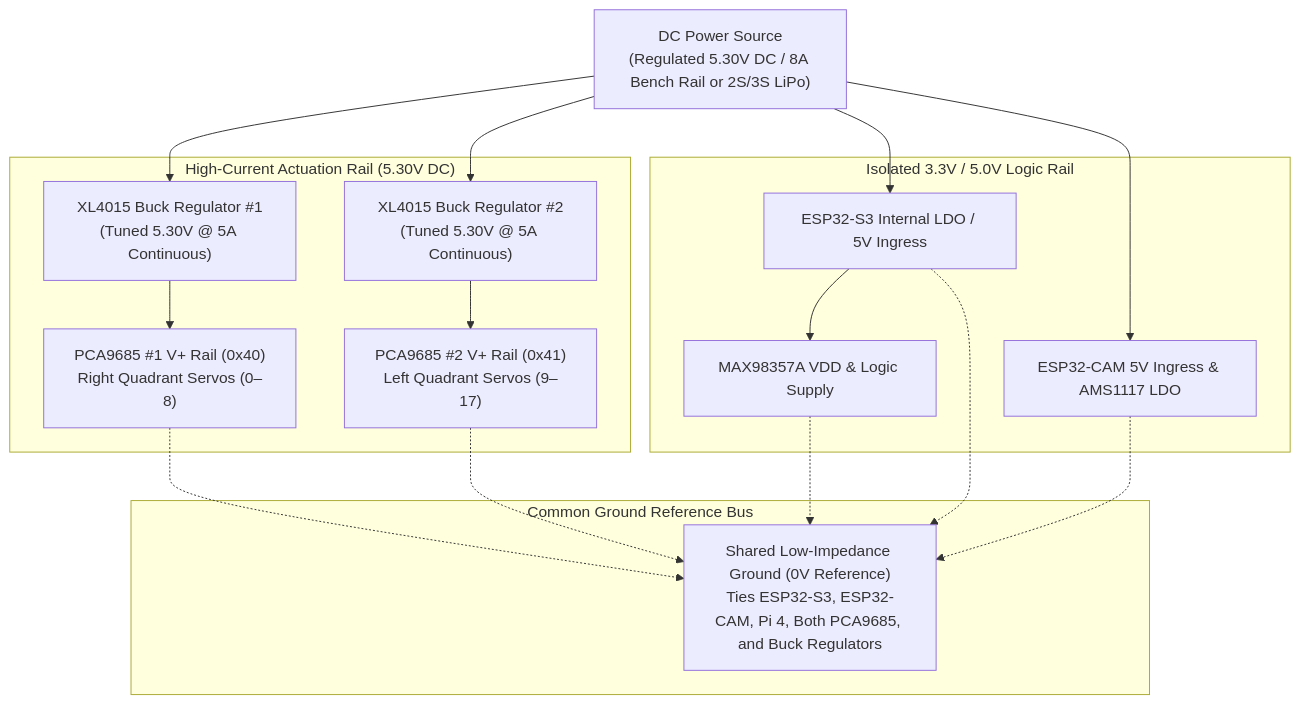
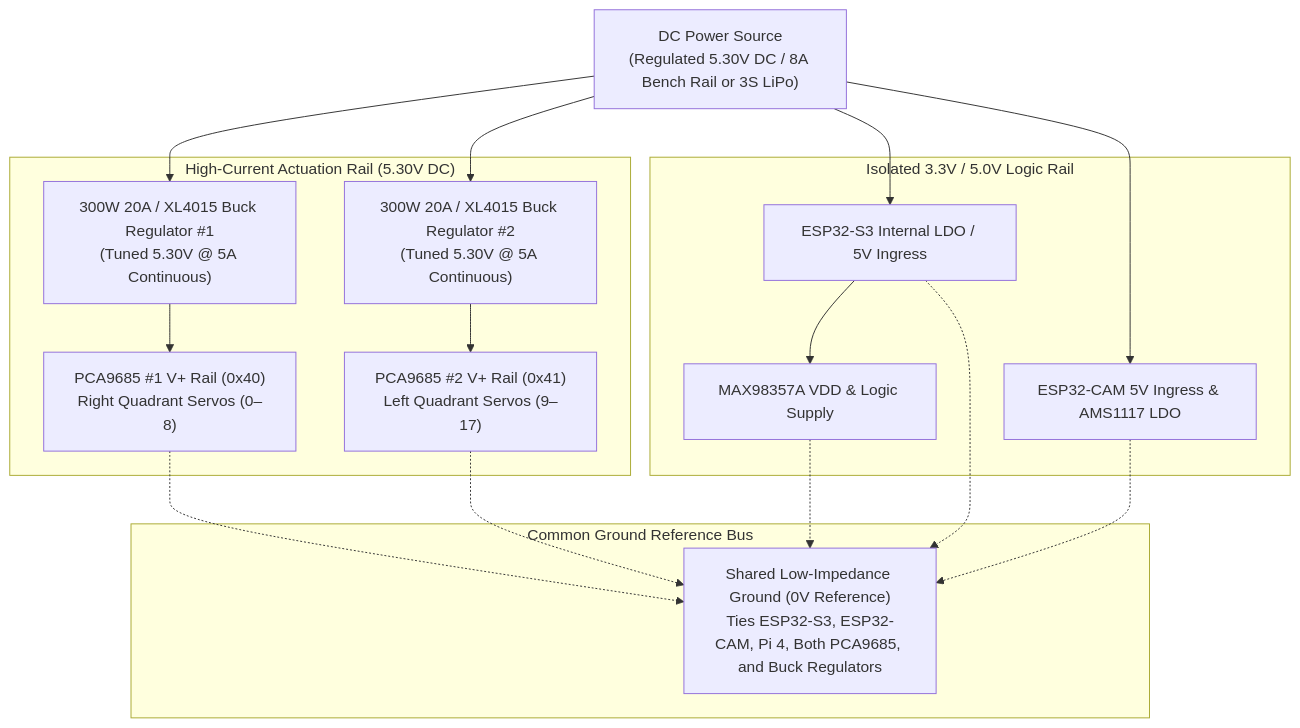
Before and after one commit to GrrGrrMan/spider-blog: the first of 3 diagrams in src/content/docs/04-electrical-power.md, drawn with Mermaid. The commit also changed other lines of this file and 39 other files, not shown here.

````diff
--- a/src/content/docs/04-electrical-power.md
+++ b/src/content/docs/04-electrical-power.md
@@ -13,36 +13,36 @@
 ```mermaid
 flowchart TD
-    POWER_IN["DC Power Source<br/>(Regulated 5.30V DC / 8A Bench Rail or 2S/3S LiPo)"]
+    POWER_IN["DC Power Source<br/>(Regulated 5.30V DC / 8A Bench Rail or 3S LiPo)"]
     
     subgraph HighCurrentRail ["High-Current Actuation Rail (5.30V DC)"]
-        BUCK1["XL4015 Buck Regulator #1<br/>(Tuned 5.30V @ 5A Continuous)"]
-        BUCK2["XL4015 Buck Regulator #2<br/>(Tuned 5.30V @ 5A Continuous)"]
+        BUCK1["300W 20A / XL4015 Buck Regulator #1<br/>(Tuned 5.30V @ 5A Continuous)"]
+        BUCK2["300W 20A / XL4015 Buck Regulator #2<br/>(Tuned 5.30V @ 5A Continuous)"]
         PCA0_V["PCA9685 #1 V+ Rail (0x40)<br/>Right Quadrant Servos (0–8)"]
         PCA1_V["PCA9685 #2 V+ Rail (0x41)<br/>Left Quadrant Servos (9–17)"]
     end
 
     subgraph LogicRail ["Isolated 3.3V / 5.0V Logic Rail"]
         ESP_LDO["ESP32-S3 Internal LDO / 5V Ingress"]
         CAM_LDO["ESP32-CAM 5V Ingress & AMS1117 LDO"]
         AMP_V["MAX98357A VDD & Logic Supply"]
     end
 
     subgraph GroundSystem ["Common Ground Reference Bus"]
         GND["Shared Low-Impedance Ground (0V Reference)<br/>Ties ESP32-S3, ESP32-CAM, Pi 4, Both PCA9685, and Buck Regulators"]
     end
 
     POWER_IN --> BUCK1
     POWER_IN --> BUCK2
     POWER_IN --> ESP_LDO
     POWER_IN --> CAM_LDO
 
     BUCK1 --> PCA0_V
     BUCK2 --> PCA1_V
     ESP_LDO --> AMP_V
 
     PCA0_V -.-> GND
     PCA1_V -.-> GND
     ESP_LDO -.-> GND
     CAM_LDO -.-> GND
     AMP_V -.-> GND
 ```
````
